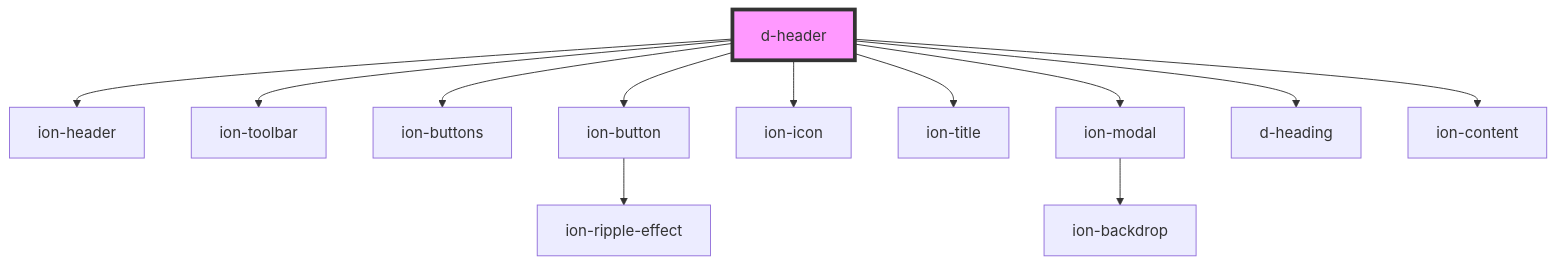
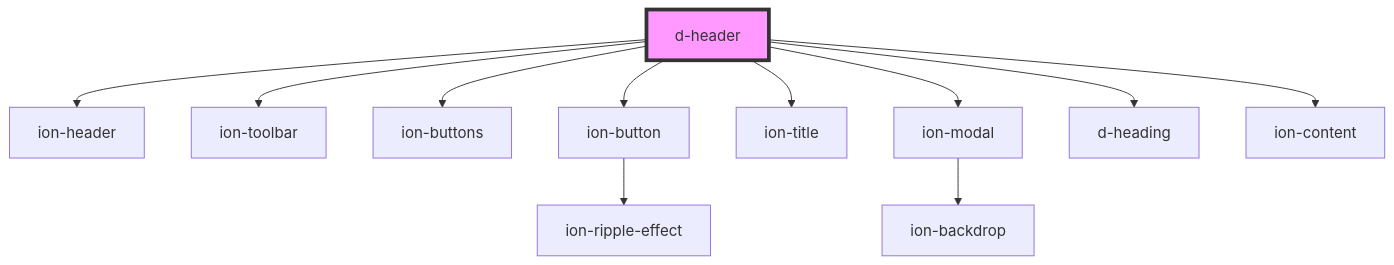
The diagram in src/components/header/readme.md (ForkbombEu/didroom-components), drawn with Mermaid before and after one commit. The commit also changed other lines of this file and 2 other files, not shown here.

Commit message:
fix: use the rights icons for the header

````diff
--- a/src/components/header/readme.md
+++ b/src/components/header/readme.md
@@ -31,15 +30,14 @@
 ```mermaid
 graph TD;
   d-header --> ion-header
   d-header --> ion-toolbar
   d-header --> ion-buttons
   d-header --> ion-button
-  d-header --> ion-icon
   d-header --> ion-title
   d-header --> ion-modal
   d-header --> d-heading
   d-header --> ion-content
   ion-button --> ion-ripple-effect
   ion-modal --> ion-backdrop
   style d-header fill:#f9f,stroke:#333,stroke-width:4px
 ```
````
